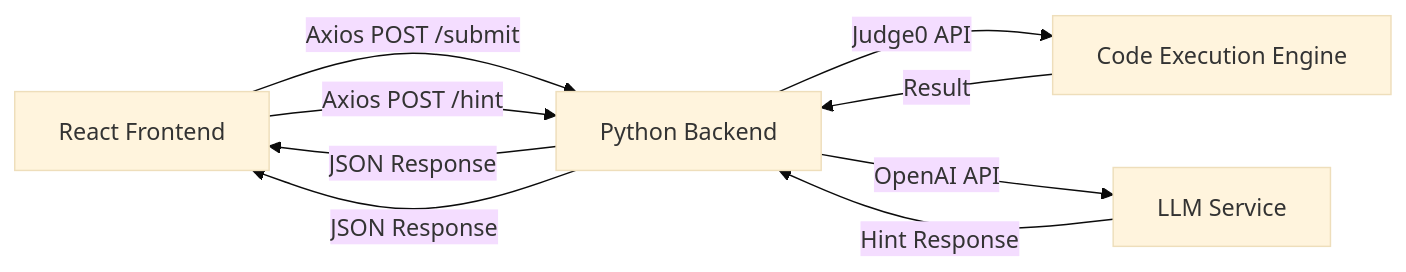
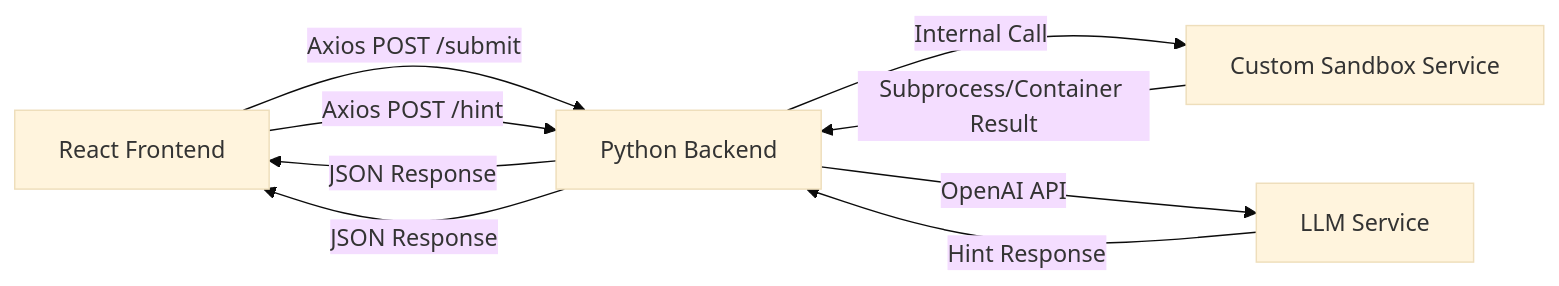
Before and after one commit to quoctarng01/AI-Tutor-Intelligent-Code-Execution-Learning-Platform: the diagram in ARCHITECTURE.md, drawn with Mermaid (base theme). The commit also changed other lines of this file, not shown here.

````diff
--- a/ARCHITECTURE.md
+++ b/ARCHITECTURE.md
@@ -7,12 +7,12 @@
 ```mermaid
 graph LR
     A[React Frontend] -->|Axios POST /submit| B[Python Backend]
-    B -->|Judge0 API| C[Code Execution Engine]
-    C -->|Result| B
+    B -->|Internal Call| C[Custom Sandbox Service]
+    C -->|Subprocess/Container Result| B
     B -->|JSON Response| A
     
     A -->|Axios POST /hint| B
     B -->|OpenAI API| D[LLM Service]
     D -->|Hint Response| B
     B -->|JSON Response| A
 ```
````
